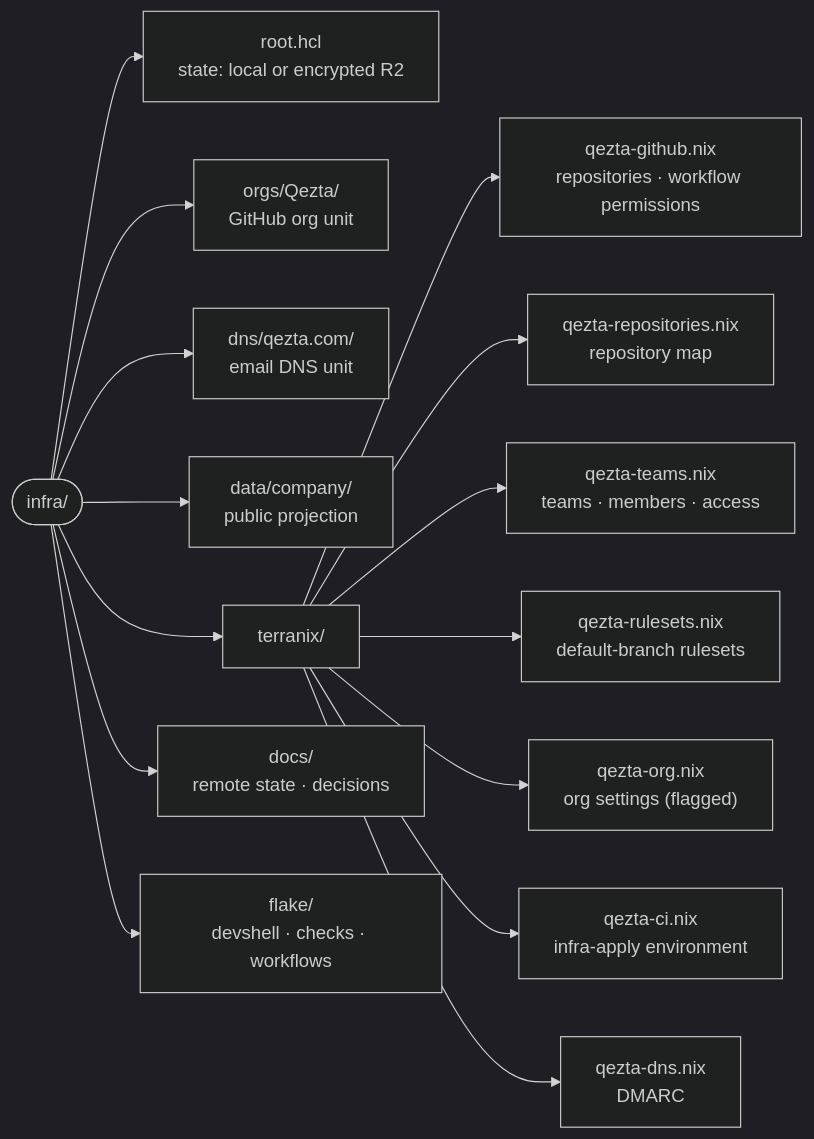
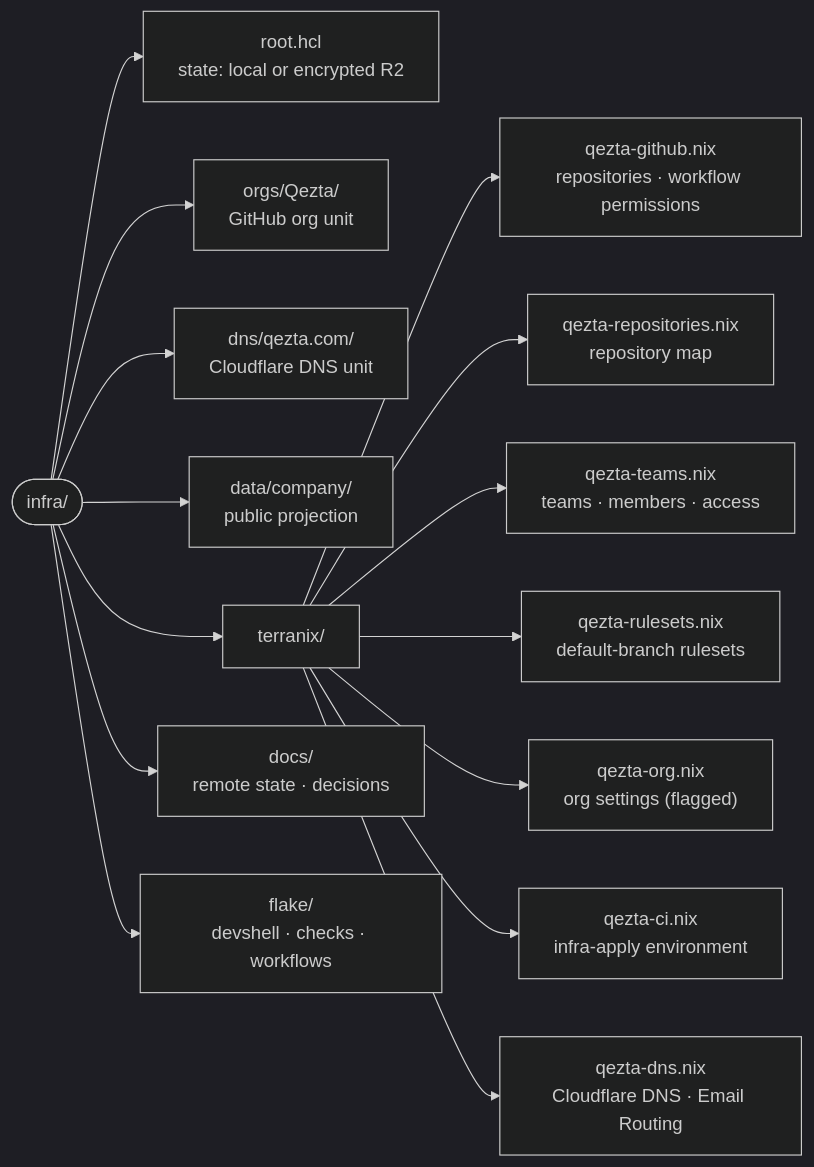
The second of 3 diagrams in README.md (Qezta/infra), drawn with Mermaid (dark theme) before and after one commit. The commit also changed other lines of this file and 6 other files, not shown here.

First line of the commit message:
feat(dns): move qezta.com DNS and email forwarding to Cloudflare

````diff
--- a/README.md
+++ b/README.md
@@ -99,18 +99,18 @@
 ```mermaid
 flowchart LR
   root(["infra/"])
   root --> rh["root.hcl<br/>state: local or encrypted R2"]
   root --> orgs["orgs/Qezta/<br/>GitHub org unit"]
-  root --> dns["dns/qezta.com/<br/>email DNS unit"]
+  root --> dns["dns/qezta.com/<br/>Cloudflare DNS unit"]
   root --> data["data/company/<br/>public projection"]
   root --> tn["terranix/"]
   root --> docs["docs/<br/>remote state · decisions"]
   root --> fl["flake/<br/>devshell · checks · workflows"]
   tn --> t1["qezta-github.nix<br/>repositories · workflow permissions"]
   tn --> t2["qezta-repositories.nix<br/>repository map"]
   tn --> t3["qezta-teams.nix<br/>teams · members · access"]
   tn --> t4["qezta-rulesets.nix<br/>default-branch rulesets"]
   tn --> t5["qezta-org.nix<br/>org settings (flagged)"]
   tn --> t6["qezta-ci.nix<br/>infra-apply environment"]
-  tn --> t7["qezta-dns.nix<br/>DMARC"]
+  tn --> t7["qezta-dns.nix<br/>Cloudflare DNS · Email Routing"]
 ```
````
